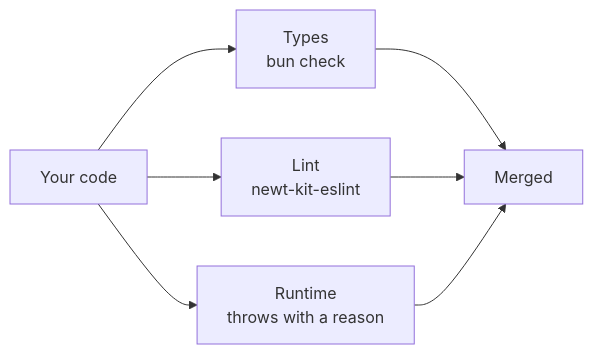
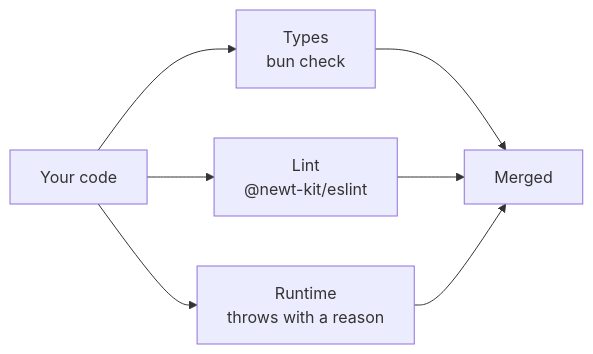
The third of 3 diagrams in web/manual/01-why-newt.md (aromero86/newt), drawn with Mermaid before and after one commit. The commit also changed other lines of this file and 634 other files, not shown here.

````diff
--- a/web/manual/01-why-newt.md
+++ b/web/manual/01-why-newt.md
@@ -186,9 +186,9 @@
 ```mermaid
 flowchart LR
   CODE["Your code"] --> TYPES["Types<br/>bun check"]
-  CODE --> LINT["Lint<br/>newt-kit-eslint"]
+  CODE --> LINT["Lint<br/>@newt-kit/eslint"]
   CODE --> RUN["Runtime<br/>throws with a reason"]
   TYPES --> OK["Merged"]
   LINT --> OK
   RUN --> OK
 ```
````
